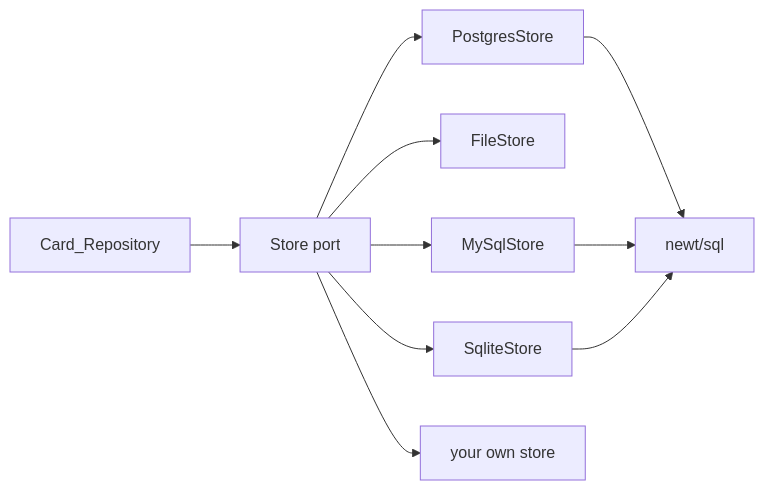
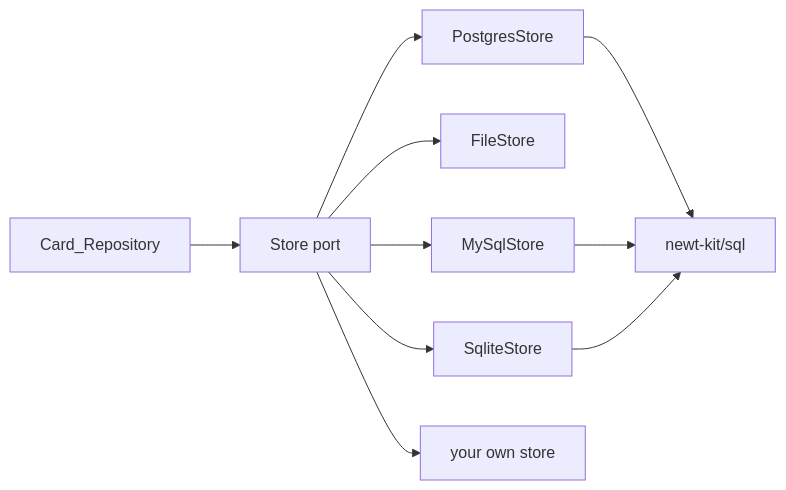
One commit to aromero86/newt changed the first of 5 diagrams in web/manual/26-stores.md. Above: the diagram before and after it, drawn with Mermaid. The commit also changed other lines of this file and 641 other files, not shown here.

````diff
--- a/web/manual/26-stores.md
+++ b/web/manual/26-stores.md
@@ -48,12 +48,12 @@
 ```mermaid
 flowchart LR
   R["Card_Repository"] --> P["Store port"]
   P --> S["SqliteStore"]
   P --> F["FileStore"]
   P --> PG["PostgresStore"]
   P --> M["MySqlStore"]
   P --> Y["your own store"]
-  PG --> SQL["newt/sql"]
+  PG --> SQL["newt-kit/sql"]
   M --> SQL
   S --> SQL
 ```
````
